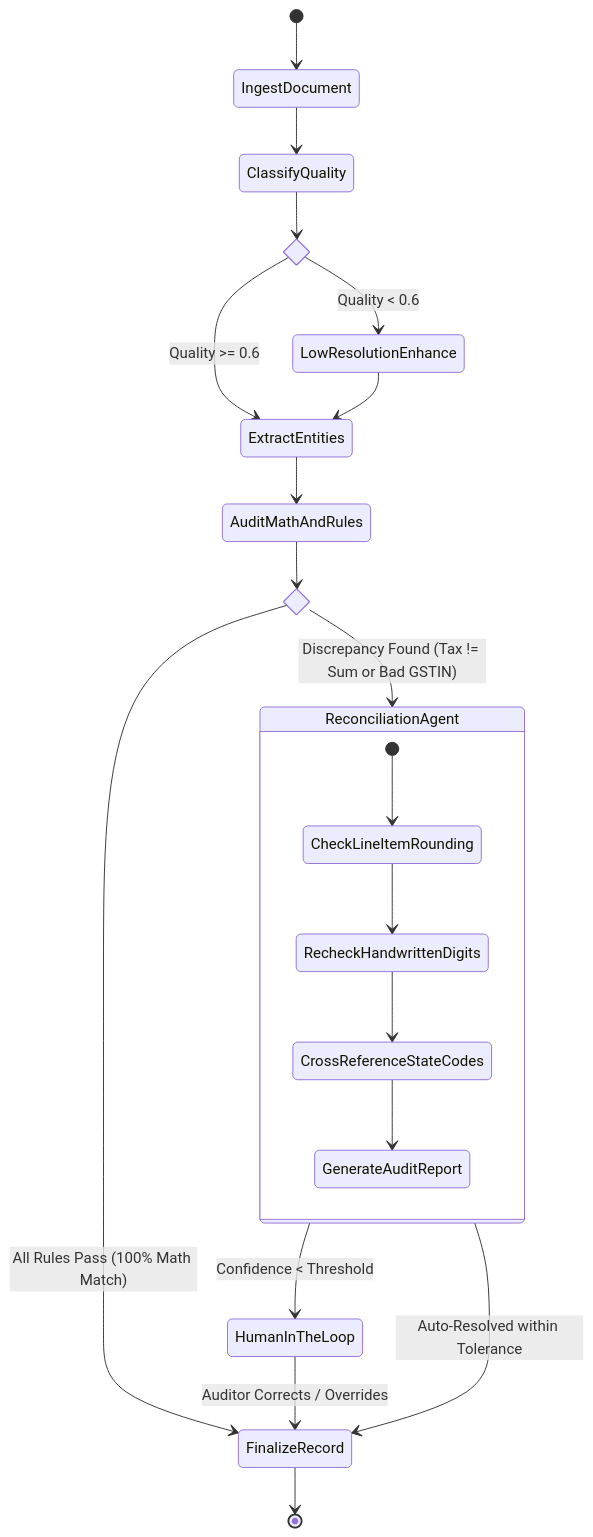
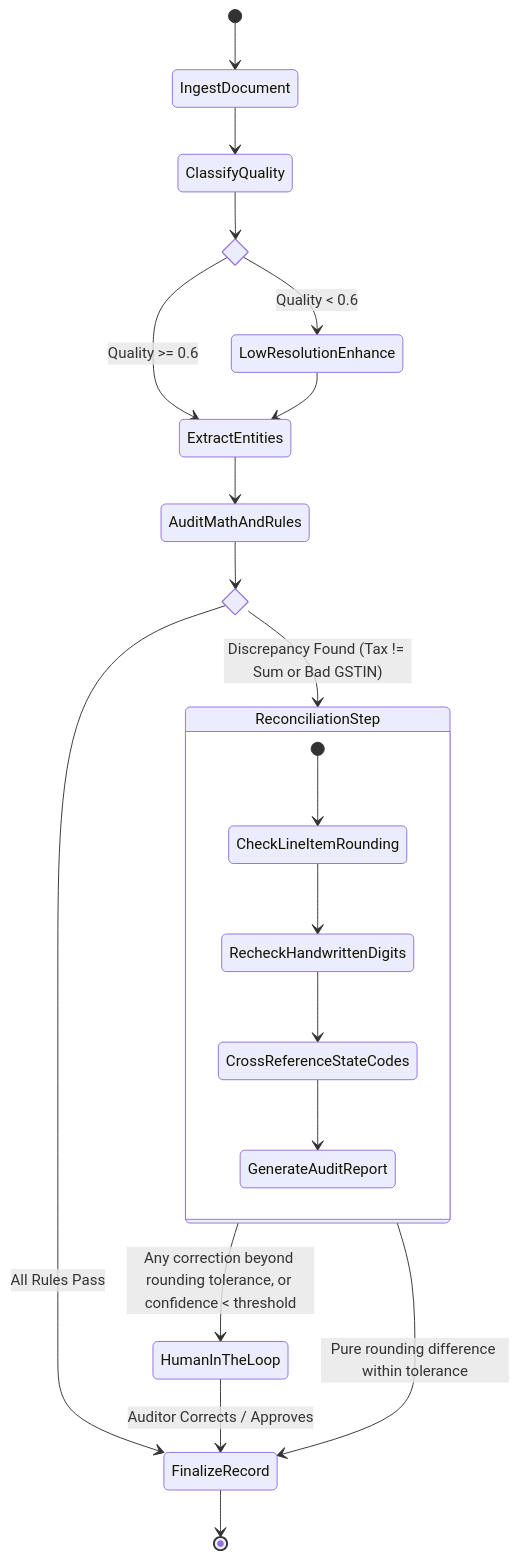
The fourth of 4 diagrams in README.md (Goldengrab/vyomflow-gst-intelligence), drawn with Mermaid before and after one commit. The commit also changed other lines of this file, not shown here.

````diff
--- a/README.md
+++ b/README.md
@@ -341,32 +344,31 @@
 ```mermaid
 stateDiagram-v2
     [*] --> IngestDocument
     IngestDocument --> ClassifyQuality
-    
+
     state QualityDecision <<choice>>
     ClassifyQuality --> QualityDecision
     QualityDecision --> LowResolutionEnhance: Quality < 0.6
     QualityDecision --> ExtractEntities: Quality >= 0.6
-    
+
     LowResolutionEnhance --> ExtractEntities
-    
+
     ExtractEntities --> AuditMathAndRules
-    
+
     state AuditDecision <<choice>>
     AuditMathAndRules --> AuditDecision
-    
-    AuditDecision --> ReconciliationAgent: Discrepancy Found (Tax != Sum or Bad GSTIN)
-    AuditDecision --> FinalizeRecord: All Rules Pass (100% Math Match)
-    
-    state ReconciliationAgent {
+    AuditDecision --> ReconciliationStep: Discrepancy Found (Tax != Sum or Bad GSTIN)
+    AuditDecision --> FinalizeRecord: All Rules Pass
+
+    state ReconciliationStep {
         [*] --> CheckLineItemRounding
         CheckLineItemRounding --> RecheckHandwrittenDigits
         RecheckHandwrittenDigits --> CrossReferenceStateCodes
         CrossReferenceStateCodes --> GenerateAuditReport
     }
-    
-    ReconciliationAgent --> HumanInTheLoop: Confidence < Threshold
-    ReconciliationAgent --> FinalizeRecord: Auto-Resolved within Tolerance
-    HumanInTheLoop --> FinalizeRecord: Auditor Corrects / Overrides
+
+    ReconciliationStep --> HumanInTheLoop: Any correction beyond rounding tolerance, or confidence < threshold
+    ReconciliationStep --> FinalizeRecord: Pure rounding difference within tolerance
+    HumanInTheLoop --> FinalizeRecord: Auditor Corrects / Approves
     FinalizeRecord --> [*]
 ```
````
